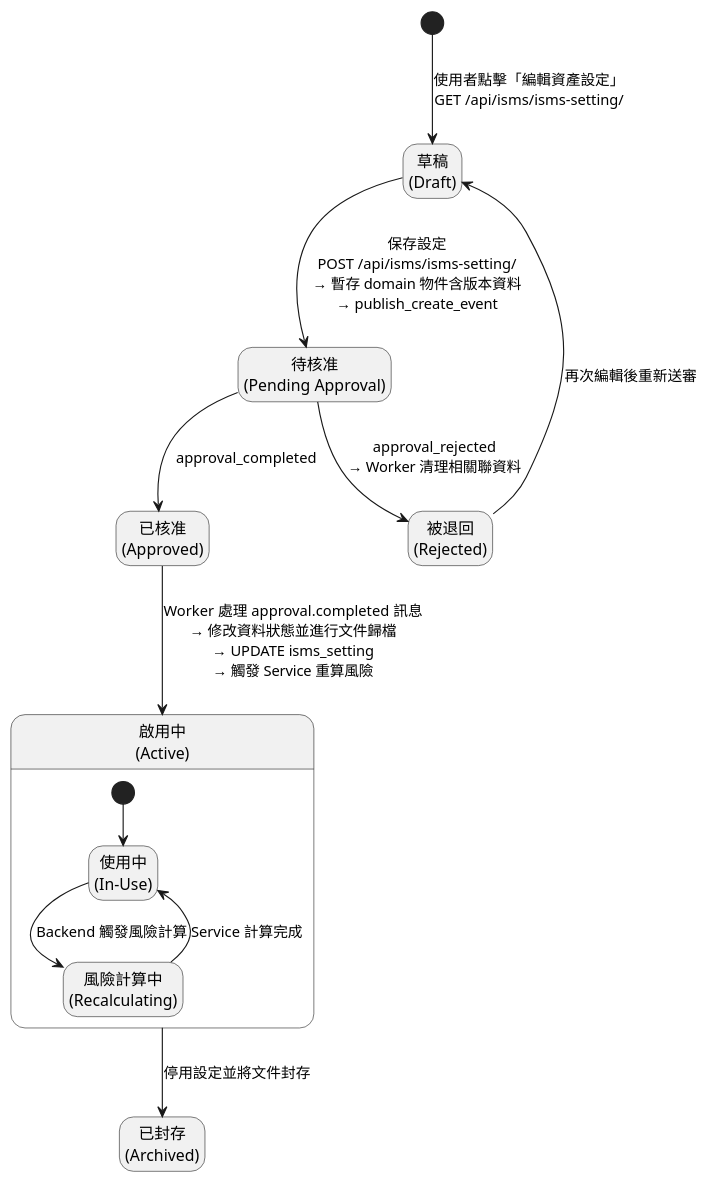
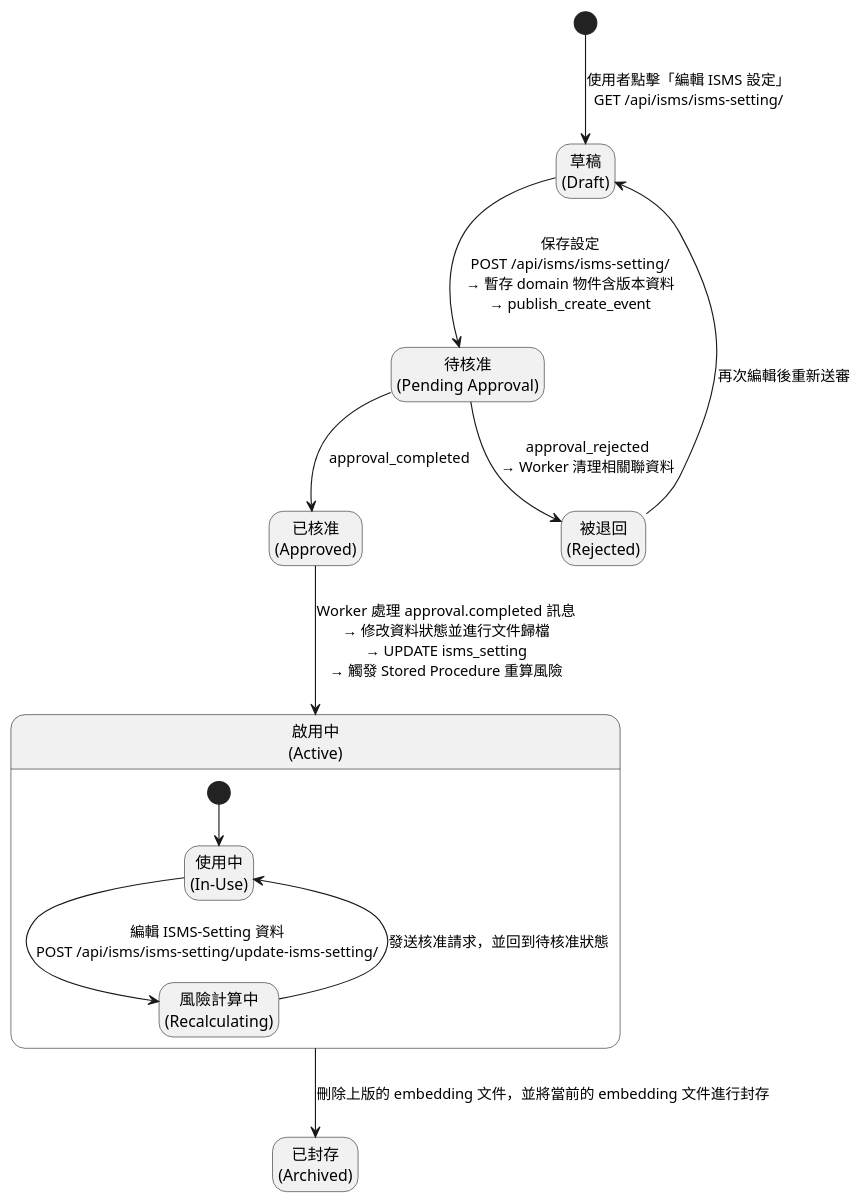
The diagram in plantUML/state/isms_setting.puml (walle45611/NTUB_SecuManag_Diagram), drawn with PlantUML before and after one commit. The commit also changed 3 other files, not shown here.

Commit message:
feat: 更新資產、ISMS 設定、風險及版本管理的狀態圖，調整 API 路徑及描述以反映最新的業務邏輯

```diff
--- a/plantUML/state/isms_setting.puml
+++ b/plantUML/state/isms_setting.puml
@@ -1,31 +1,31 @@
 @startuml
 
 hide empty description
 
-[*] --> Draft : 使用者點擊「編輯資產設定」\nGET /api/isms/isms-setting/
+[*] --> Draft : 使用者點擊「編輯 ISMS 設定」\nGET /api/isms/isms-setting/
 state "草稿\n(Draft)" as Draft <<draft>>
 
 Draft --> PendingApproval : 保存設定\nPOST /api/isms/isms-setting/\n→ 暫存 domain 物件含版本資料\n→ publish_create_event
 state "待核准\n(Pending Approval)" as PendingApproval <<approval>>
 
 PendingApproval --> Approved : approval_completed
 PendingApproval --> Rejected : approval_rejected\n→ Worker 清理相關聯資料
 state "被退回\n(Rejected)" as Rejected <<terminal>>
 Rejected --> Draft : 再次編輯後重新送審
 
 state "已核准\n(Approved)" as Approved <<approval>>
 
 state "啟用中\n(Active)" as Active <<active>> {
   [*] --> InUse
   state "使用中\n(In-Use)"        as InUse
   state "風險計算中\n(Recalculating)" as Recalculating
 
-  InUse --> Recalculating : Backend 觸發風險計算
-  Recalculating --> InUse : Service 計算完成
+  InUse --> Recalculating : 編輯 ISMS-Setting 資料\nPOST /api/isms/isms-setting/update-isms-setting/
+  Recalculating --> InUse : 發送核准請求，並回到待核准狀態
 }
 
-Approved --> Active : Worker 處理 approval.completed 訊息\n→ 修改資料狀態並進行文件歸檔\n→ UPDATE isms_setting\n→ 觸發 Service 重算風險
+Approved --> Active : Worker 處理 approval.completed 訊息\n→ 修改資料狀態並進行文件歸檔\n→ UPDATE isms_setting\n→ 觸發 Stored Procedure 重算風險
 
-Active --> Archived : 停用設定並將文件封存
+Active --> Archived : 刪除上版的 embedding 文件，並將當前的 embedding 文件進行封存
 state "已封存\n(Archived)" as Archived <<terminal>>
 @enduml
```
